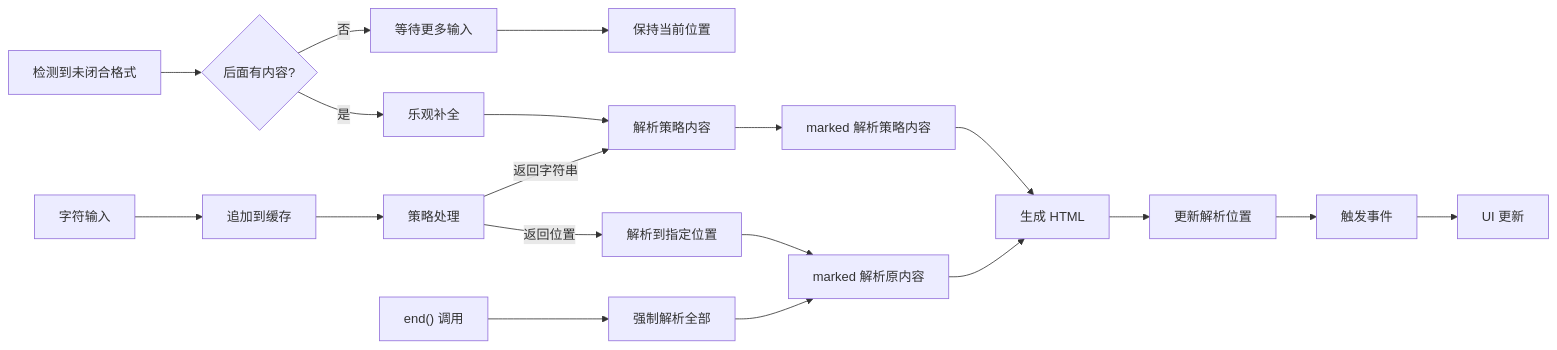
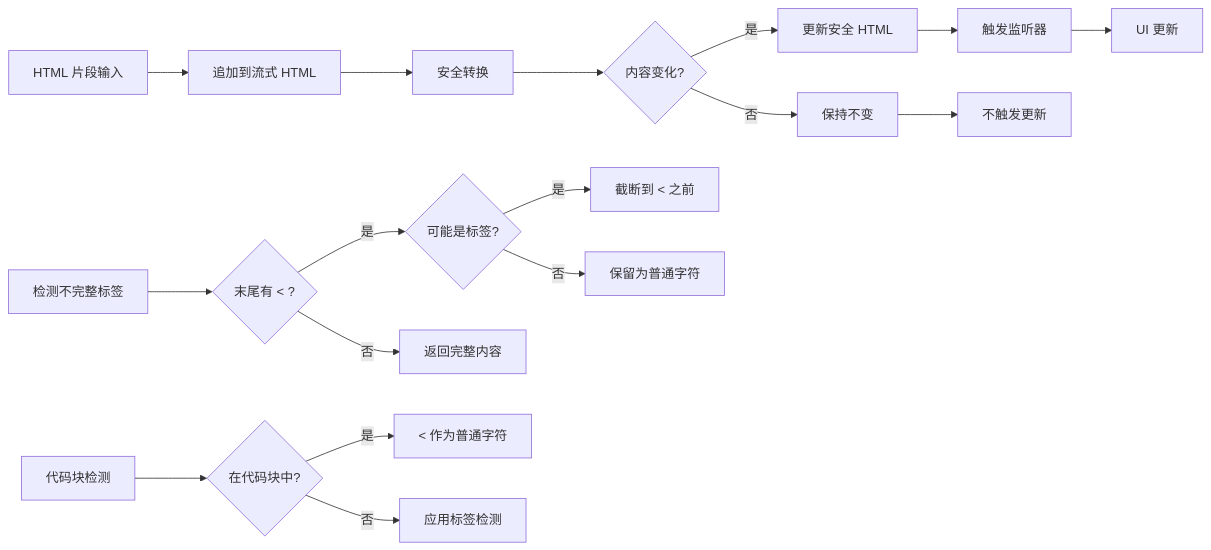
The second of 3 diagrams in ARCHITECTURE.md (yarnovo/markdown-river), drawn with Mermaid before and after one commit. The commit also changed other lines of this file and 26 other files, not shown here.

Commit message:
feat: 更新 ARCHITECTURE.md 文档，调整设计理念和核心目标，强调 Markdown River 在安全 HTML 流式渲染中的优势。同时，新增部署指南文档，详细说明 CI/CD 流程和手动发布步骤，提升项目的可维护性和用户体验。重构 demo 页面，采用 Vite 和 Tailwind CSS 优化样式和性能，确保流畅的演示效果。

````diff
--- a/ARCHITECTURE.md
+++ b/ARCHITECTURE.md
@@ -71,25 +59,21 @@
 ```mermaid
 flowchart LR
-    A[字符输入] --> B[追加到缓存]
-    B --> C[策略处理]
-    C -->|返回位置| D[解析到指定位置]
-    C -->|返回字符串| E[解析策略内容]
+    A[HTML 片段输入] --> B[追加到流式 HTML]
+    B --> C[安全转换]
+    C --> D{内容变化?}
+    D -->|是| E[更新安全 HTML]
+    D -->|否| F[保持不变]
+    E --> G[触发监听器]
+    G --> H[UI 更新]
+    F --> I[不触发更新]
 
-    D --> F[marked 解析原内容]
-    E --> G[marked 解析策略内容]
+    J[检测不完整标签] --> K{末尾有 < ?}
+    K -->|是| L{可能是标签?}
+    L -->|是| M[截断到 < 之前]
+    L -->|否| N[保留为普通字符]
+    K -->|否| O[返回完整内容]
 
-    F --> H[生成 HTML]
-    G --> H
-    H --> I[更新解析位置]
-    I --> J[触发事件]
-    J --> K[UI 更新]
-
-    L[检测到未闭合格式] --> M{后面有内容?}
-    M -->|是| N[乐观补全]
-    M -->|否| O[等待更多输入]
-    N --> E
-    O --> P[保持当前位置]
-
-    Q["end() 调用"] --> R[强制解析全部]
-    R --> F
+    P[代码块检测] --> Q{在代码块中?}
+    Q -->|是| R[< 作为普通字符]
+    Q -->|否| S[应用标签检测]
 ```
````
